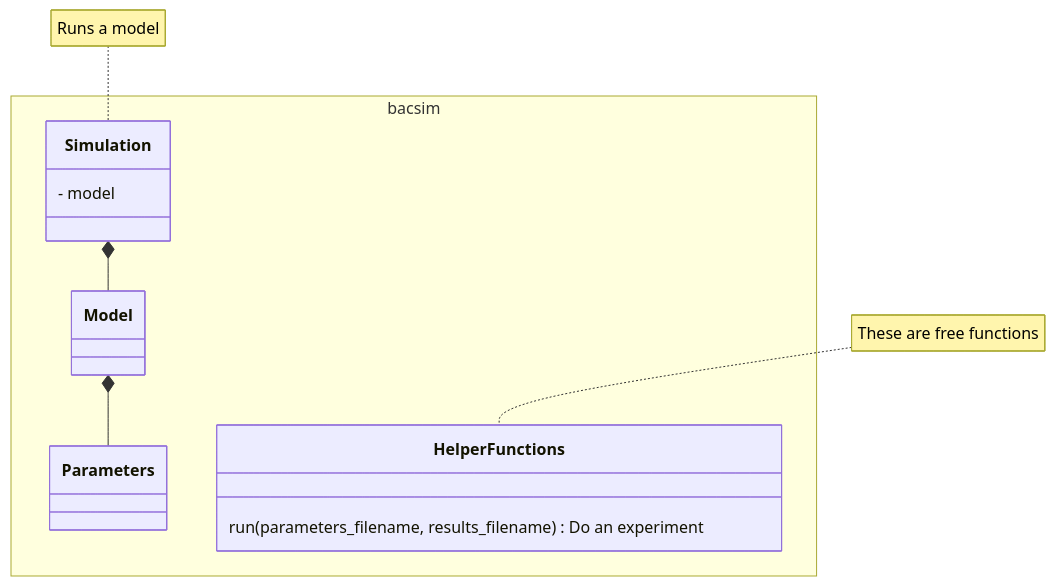
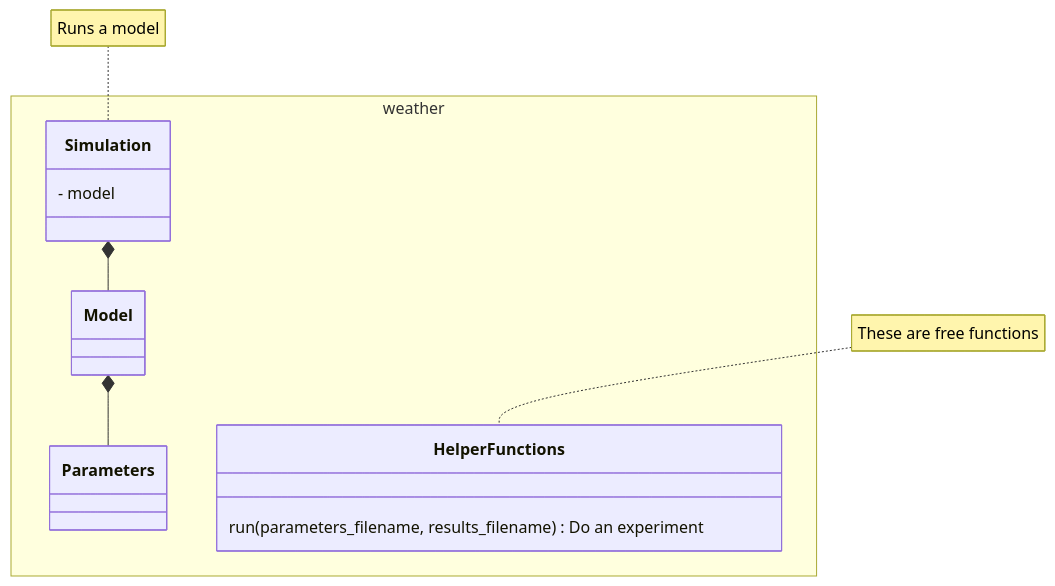
Before and after one commit to UPPMAX/programming_formalisms: the diagram in docs/reflections/2024_summer/20240426_richel.md, drawn with Mermaid. The commit also changed 8 other files, not shown here.

````diff
--- a/docs/reflections/2024_summer/20240426_richel.md
+++ b/docs/reflections/2024_summer/20240426_richel.md
@@ -18,26 +18,26 @@
 ```mermaid
 classDiagram
 
-  namespace bacsim {
+  namespace weather {
     class Simulation {
       - model
     }
     class Model {
 
     }
     class Parameters {
 
     }
     class HelperFunctions {
       run(parameters_filename, results_filename) Do an experiment
     }
   }
 
   note for Simulation "Runs a model"
 
     Simulation *-- Model
     Model *-- Parameters
 
 
   note for HelperFunctions "These are free functions"
 ```
````
